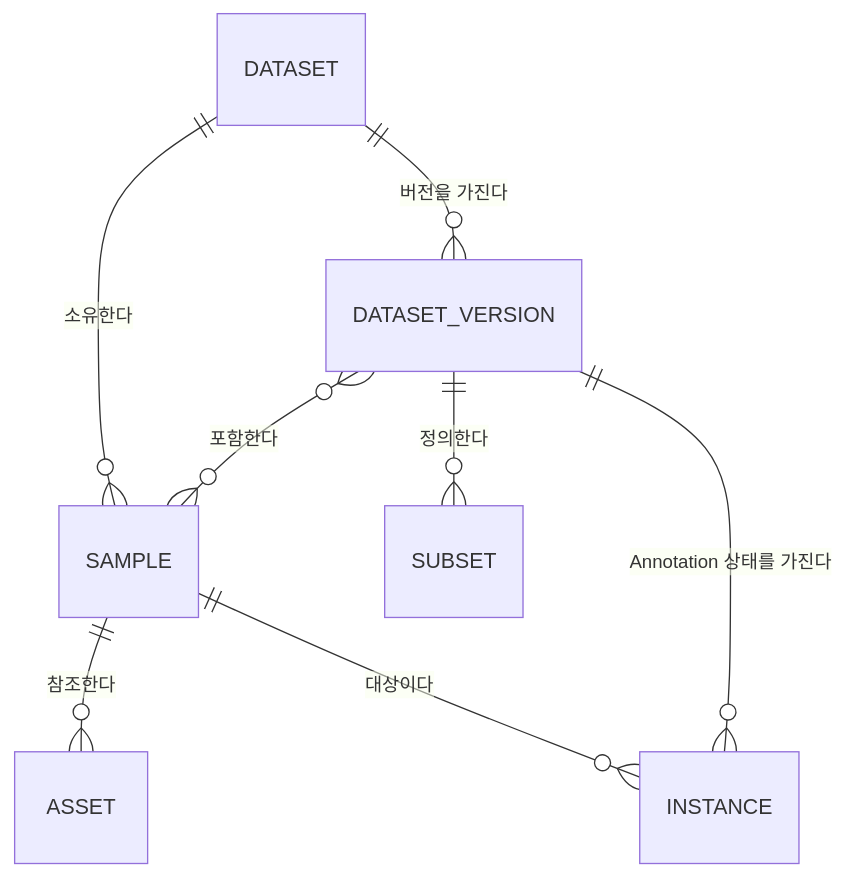
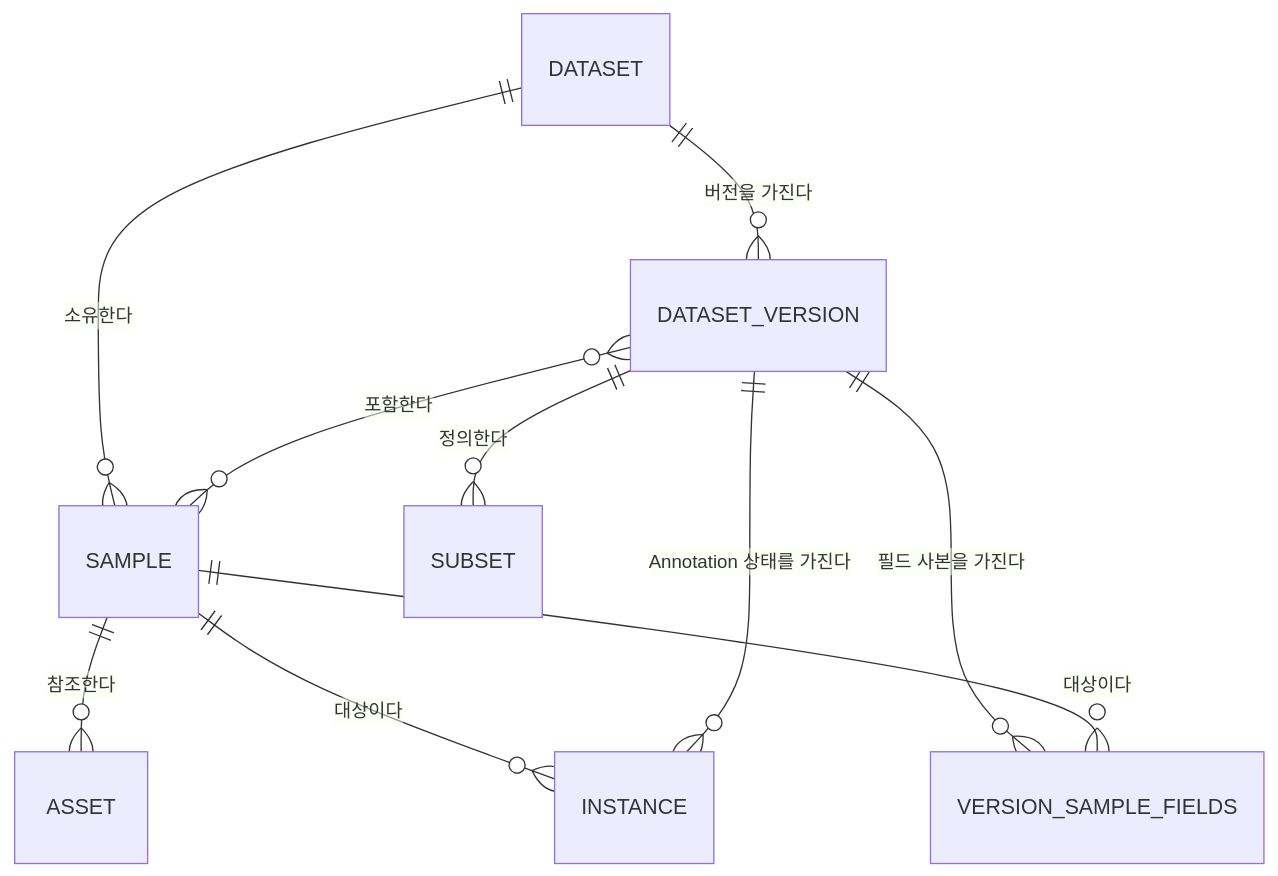
The second of 8 diagrams in charts/nexus-server/docs/architecture.md (int2nexus/cas-server), drawn with Mermaid before and after one commit. The commit also changed other lines of this file and 6 other files, not shown here.

````diff
--- a/charts/nexus-server/docs/architecture.md
+++ b/charts/nexus-server/docs/architecture.md
@@ -100,10 +100,12 @@
 ```mermaid
 erDiagram
     DATASET ||--o{ DATASET_VERSION : "버전을 가진다"
     DATASET ||--o{ SAMPLE : "소유한다"
     DATASET_VERSION }o--o{ SAMPLE : "포함한다"
     SAMPLE ||--o{ ASSET : "참조한다"
     SAMPLE ||--o{ INSTANCE : "대상이다"
     DATASET_VERSION ||--o{ INSTANCE : "Annotation 상태를 가진다"
+    DATASET_VERSION ||--o{ VERSION_SAMPLE_FIELDS : "필드 사본을 가진다"
+    SAMPLE ||--o{ VERSION_SAMPLE_FIELDS : "대상이다"
     DATASET_VERSION ||--o{ SUBSET : "정의한다"
 ```
````
